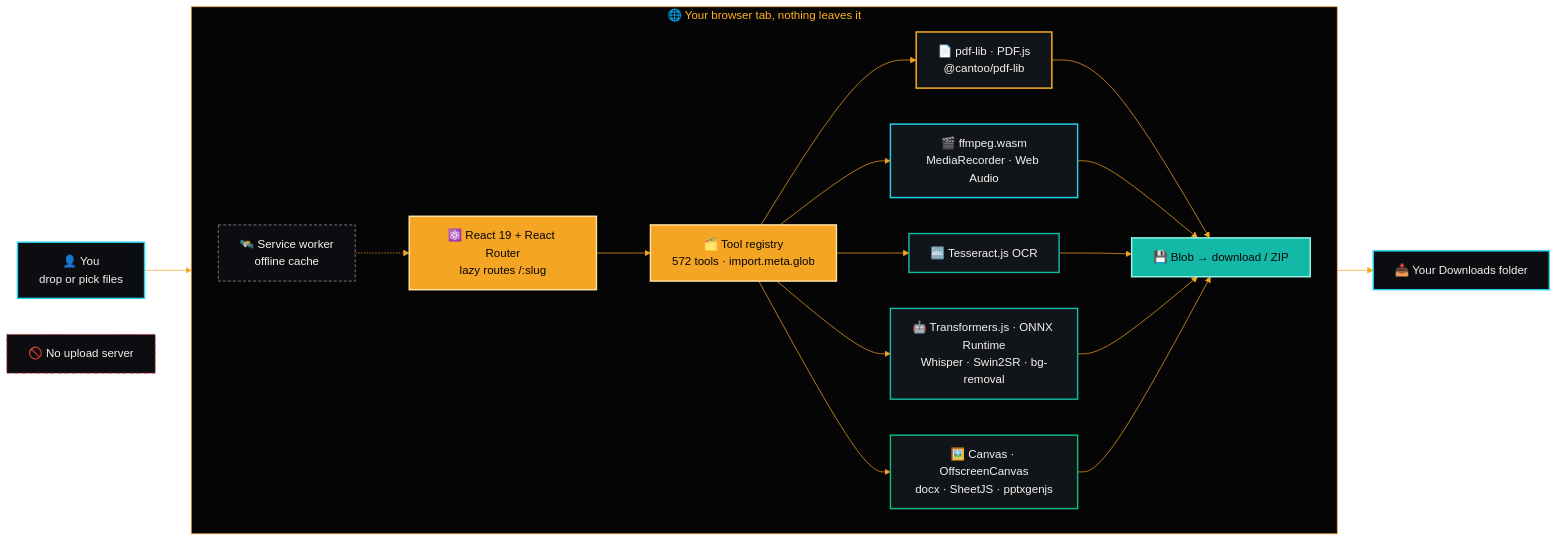
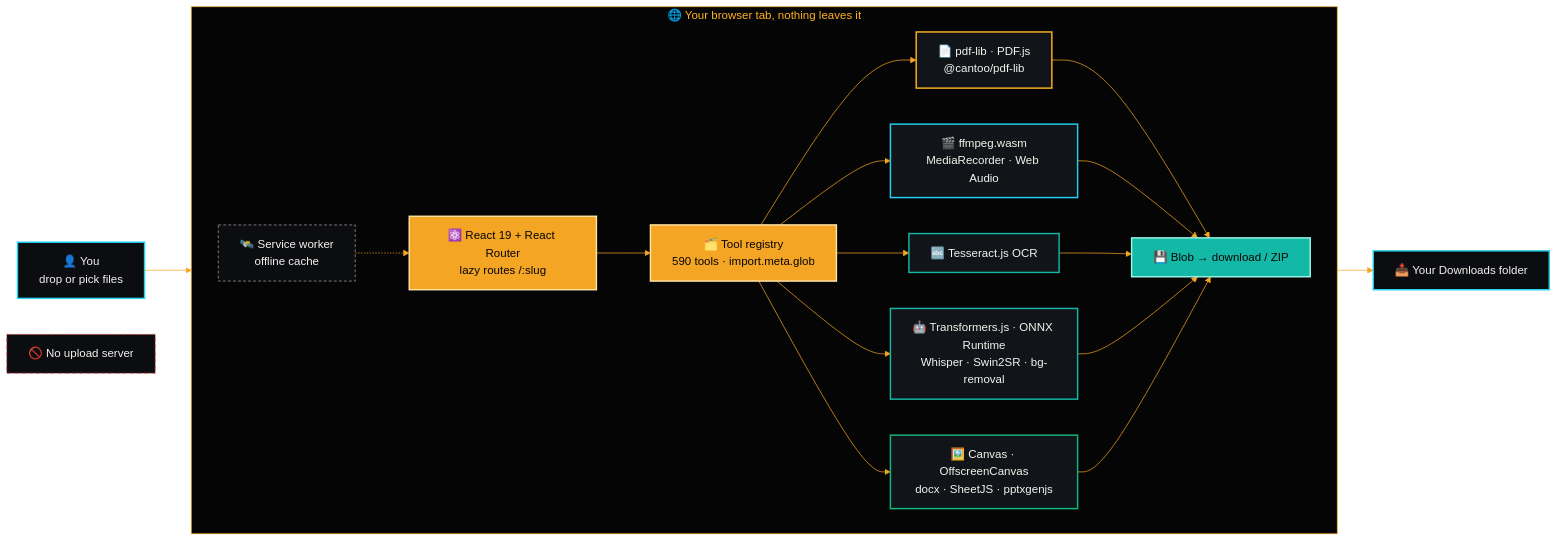
One commit to aniruddhaadak80/OpenFile changed the fourth of 8 diagrams in README.md. Above: the diagram before and after it, drawn with Mermaid. The commit also changed other lines of this file and 110 other files, not shown here.

````diff
--- a/README.md
+++ b/README.md
@@ -1519,31 +1582,31 @@
 ```mermaid
 %%{init: {'theme':'base','themeVariables':{'fontFamily':'system-ui, sans-serif','lineColor':'#F5A524','primaryTextColor':'#F5F3EE','clusterBkg':'#050505','clusterBorder':'#F5A524','titleColor':'#FFB224'}}}%%
 flowchart LR
     U["👤 You<br/>drop or pick files"]:::user --> BR
     subgraph BR["🌐 Your browser tab, nothing leaves it"]
         direction LR
-        RR["⚛️ React 19 + React Router<br/>lazy routes /:slug"]:::ui --> REG["🗂️ Tool registry<br/>572 tools · import.meta.glob"]:::ui
+        RR["⚛️ React 19 + React Router<br/>lazy routes /:slug"]:::ui --> REG["🗂️ Tool registry<br/>590 tools · import.meta.glob"]:::ui
         REG --> E1["📄 pdf-lib · PDF.js<br/>@cantoo/pdf-lib"]:::pdf
         REG --> E2["🎬 ffmpeg.wasm<br/>MediaRecorder · Web Audio"]:::media
         REG --> E3["🔤 Tesseract.js OCR"]:::ai
         REG --> E4["🤖 Transformers.js · ONNX Runtime<br/>Whisper · Swin2SR · bg-removal"]:::ai
         REG --> E5["🖼️ Canvas · OffscreenCanvas<br/>docx · SheetJS · pptxgenjs"]:::img
         E1 --> OUT["💾 Blob → download / ZIP"]:::out
         E2 --> OUT
         E3 --> OUT
         E4 --> OUT
         E5 --> OUT
         SW["🛰️ Service worker<br/>offline cache"]:::sw -.-> RR
     end
     OUT --> D["📥 Your Downloads folder"]:::user
     NS["🚫 No upload server"]:::none
     classDef user fill:#0B0D10,stroke:#22D3EE,color:#F5F3EE,stroke-width:2px
     classDef ui fill:#F5A524,stroke:#FFE3A3,color:#050505,stroke-width:2px
     classDef pdf fill:#111418,stroke:#FFB224,color:#F5F3EE,stroke-width:2px
     classDef media fill:#111418,stroke:#22D3EE,color:#F5F3EE,stroke-width:2px
     classDef ai fill:#111418,stroke:#14B8A6,color:#F5F3EE,stroke-width:2px
     classDef img fill:#111418,stroke:#10B981,color:#F5F3EE,stroke-width:2px
     classDef out fill:#14B8A6,stroke:#99F6E4,color:#050505,stroke-width:2px
     classDef sw fill:#0B0D10,stroke:#A8A29E,color:#F5F3EE,stroke-dasharray:4 3
     classDef none fill:#0B0D10,stroke:#EF4444,color:#F5F3EE,stroke-dasharray:6 4
 ```
````
